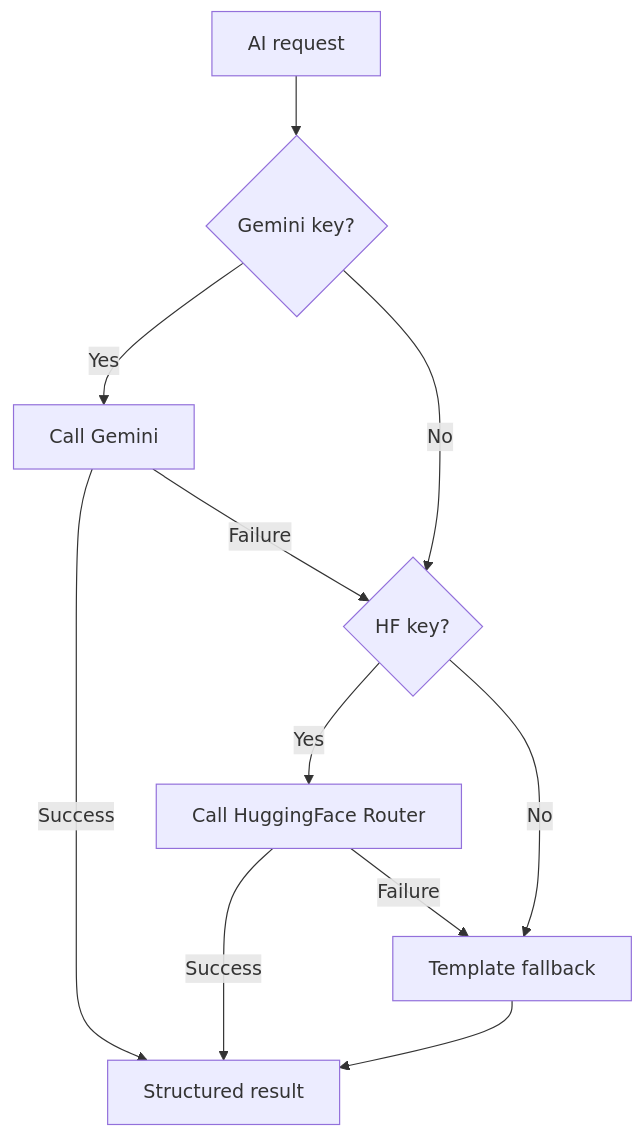
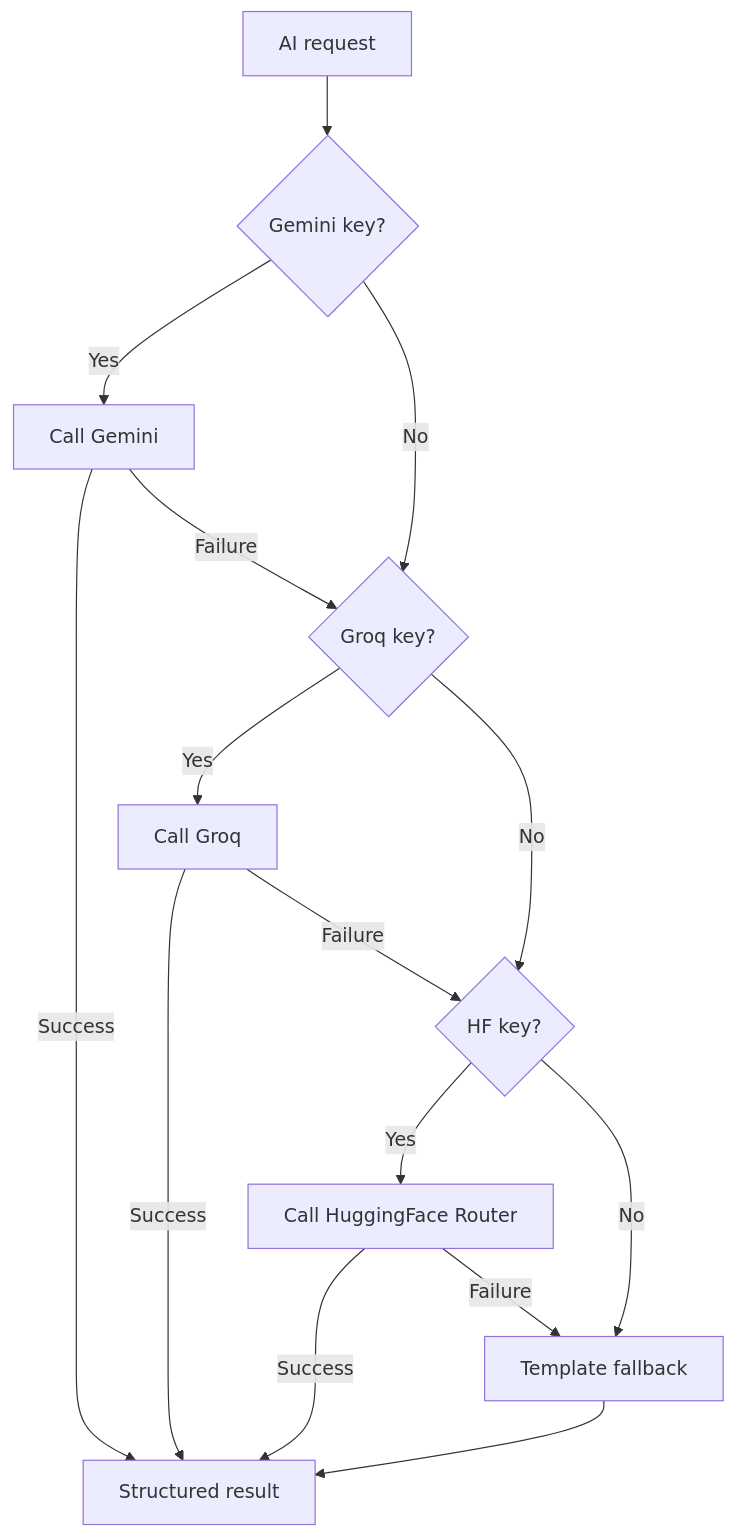
The third of 3 diagrams in docs/TRD.md (pranavvenu12/ai-hiring-os), drawn with Mermaid before and after one commit. The commit also changed other lines of this file and 2 other files, not shown here.

Commit message:
docs: update schema and architecture docs with candidate intelligence and groq fallback

````diff
--- a/docs/TRD.md
+++ b/docs/TRD.md
@@ -82,13 +83,17 @@
 ```mermaid
 flowchart TD
     Request[AI request] --> GeminiAvailable{Gemini key?}
     GeminiAvailable -->|Yes| GeminiCall[Call Gemini]
-    GeminiAvailable -->|No| HFAvailable{HF key?}
+    GeminiAvailable -->|No| GroqAvailable{Groq key?}
     GeminiCall -->|Success| Result[Structured result]
-    GeminiCall -->|Failure| HFAvailable
+    GeminiCall -->|Failure| GroqAvailable
+    GroqAvailable -->|Yes| GroqCall[Call Groq]
+    GroqAvailable -->|No| HFAvailable{HF key?}
+    GroqCall -->|Success| Result
+    GroqCall -->|Failure| HFAvailable
     HFAvailable -->|Yes| HFCall[Call HuggingFace Router]
     HFAvailable -->|No| Template[Template fallback]
     HFCall -->|Success| Result
     HFCall -->|Failure| Template
     Template --> Result
 ```
````
